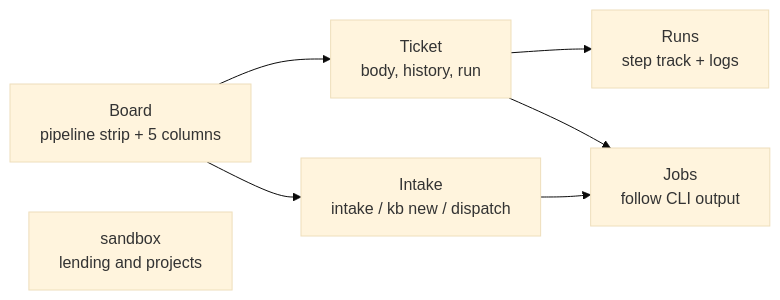
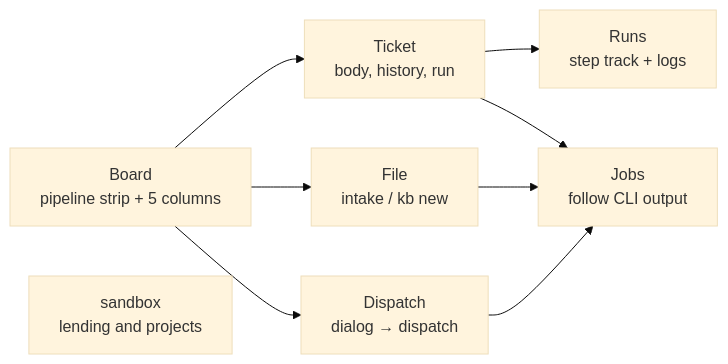
Before and after one commit to akkijp-oss/aifactory: the diagram in website/content/en/guides/console.md, drawn with Mermaid (base theme). The commit also changed other lines of this file and 20 other files, not shown here.

````diff
--- a/website/content/en/guides/console.md
+++ b/website/content/en/guides/console.md
@@ -28,9 +28,11 @@
 ```mermaid
 flowchart LR
   B[Board<br>pipeline strip + 5 columns] --> T[Ticket<br>body, history, run]
   T --> R[Runs<br>step track + logs]
-  B --> I[Intake<br>intake / kb new / dispatch]
+  B --> I[File<br>intake / kb new]
+  B --> D[Dispatch<br>dialog → dispatch]
+  D --> J
   I --> J[Jobs<br>follow CLI output]
   T --> J
   S[sandbox<br>lending and projects]
 ```
````
